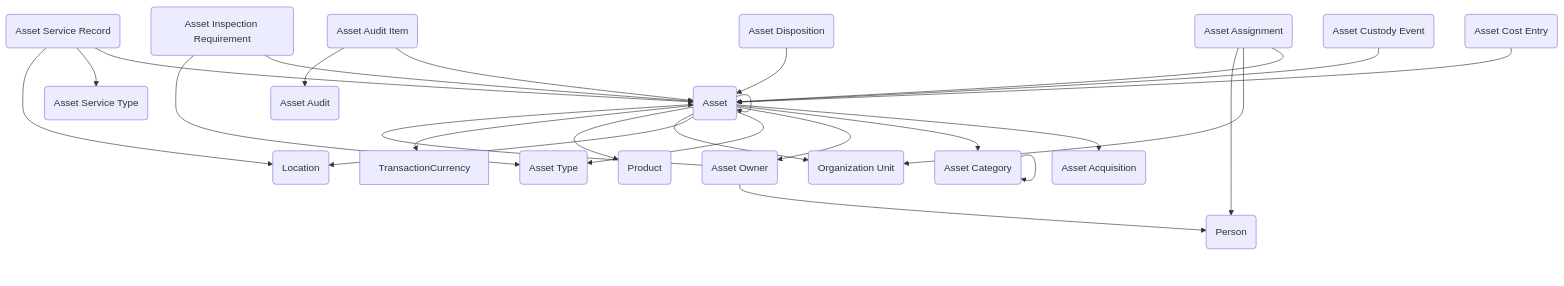
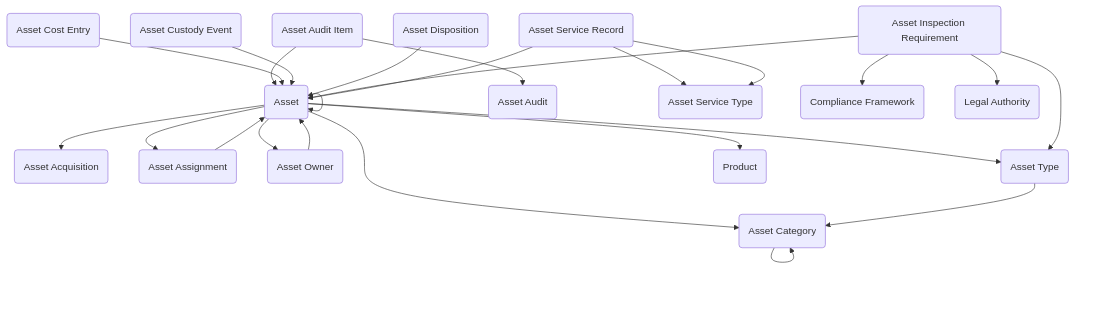
One commit to microsoft/industry-solutions changed the diagram in _modules/asset-management.md. Above: the diagram before and after it, drawn with Mermaid. The commit also changed other lines of this file and 25 other files, not shown here.

````diff
--- a/_modules/asset-management.md
+++ b/_modules/asset-management.md
@@ -30,46 +32,43 @@
 ```mermaid
 graph TD
   appbase_Asset(Asset)
   appbase_AssetAcquisition(Asset Acquisition)
   appbase_AssetAssignment(Asset Assignment)
   appbase_AssetAudit(Asset Audit)
   appbase_AssetAuditItem(Asset Audit Item)
   appbase_AssetCategory(Asset Category)
   appbase_AssetCostEntry(Asset Cost Entry)
   appbase_AssetCustodyEvent(Asset Custody Event)
   appbase_AssetDisposition(Asset Disposition)
   appbase_AssetInspectionRequirement(Asset Inspection Requirement)
   appbase_AssetOwner(Asset Owner)
   appbase_AssetServiceRecord(Asset Service Record)
   appbase_AssetServiceType(Asset Service Type)
   appbase_AssetType(Asset Type)
-  appbase_Location(Location)
-  appbase_OrganizationUnit(Organization Unit)
+  appbase_ComplianceFramework(Compliance Framework)
+  appbase_LegalAuthority(Legal Authority)
   appbase_Product(Product)
-  Contact(Person)
   appbase_Asset --> appbase_Asset
   appbase_AssetAssignment --> appbase_Asset
   appbase_AssetAuditItem --> appbase_Asset
   appbase_AssetCostEntry --> appbase_Asset
   appbase_AssetCustodyEvent --> appbase_Asset
   appbase_AssetDisposition --> appbase_Asset
   appbase_AssetInspectionRequirement --> appbase_Asset
   appbase_AssetOwner --> appbase_Asset
   appbase_AssetServiceRecord --> appbase_Asset
   appbase_Asset --> appbase_AssetAcquisition
+  appbase_Asset --> appbase_AssetAssignment
   appbase_AssetAuditItem --> appbase_AssetAudit
   appbase_Asset --> appbase_AssetCategory
   appbase_AssetCategory --> appbase_AssetCategory
+  appbase_AssetType --> appbase_AssetCategory
   appbase_Asset --> appbase_AssetOwner
+  appbase_AssetServiceRecord --> appbase_AssetServiceType
   appbase_AssetServiceRecord --> appbase_AssetServiceType
   appbase_Asset --> appbase_AssetType
   appbase_AssetInspectionRequirement --> appbase_AssetType
-  appbase_Asset --> appbase_Location
-  appbase_AssetServiceRecord --> appbase_Location
-  appbase_Asset --> appbase_OrganizationUnit
-  appbase_AssetAssignment --> appbase_OrganizationUnit
+  appbase_AssetInspectionRequirement --> appbase_ComplianceFramework
+  appbase_AssetInspectionRequirement --> appbase_LegalAuthority
   appbase_Asset --> appbase_Product
-  appbase_AssetAssignment --> Contact
-  appbase_AssetOwner --> Contact
-  appbase_Asset --> TransactionCurrency
 ```
````
